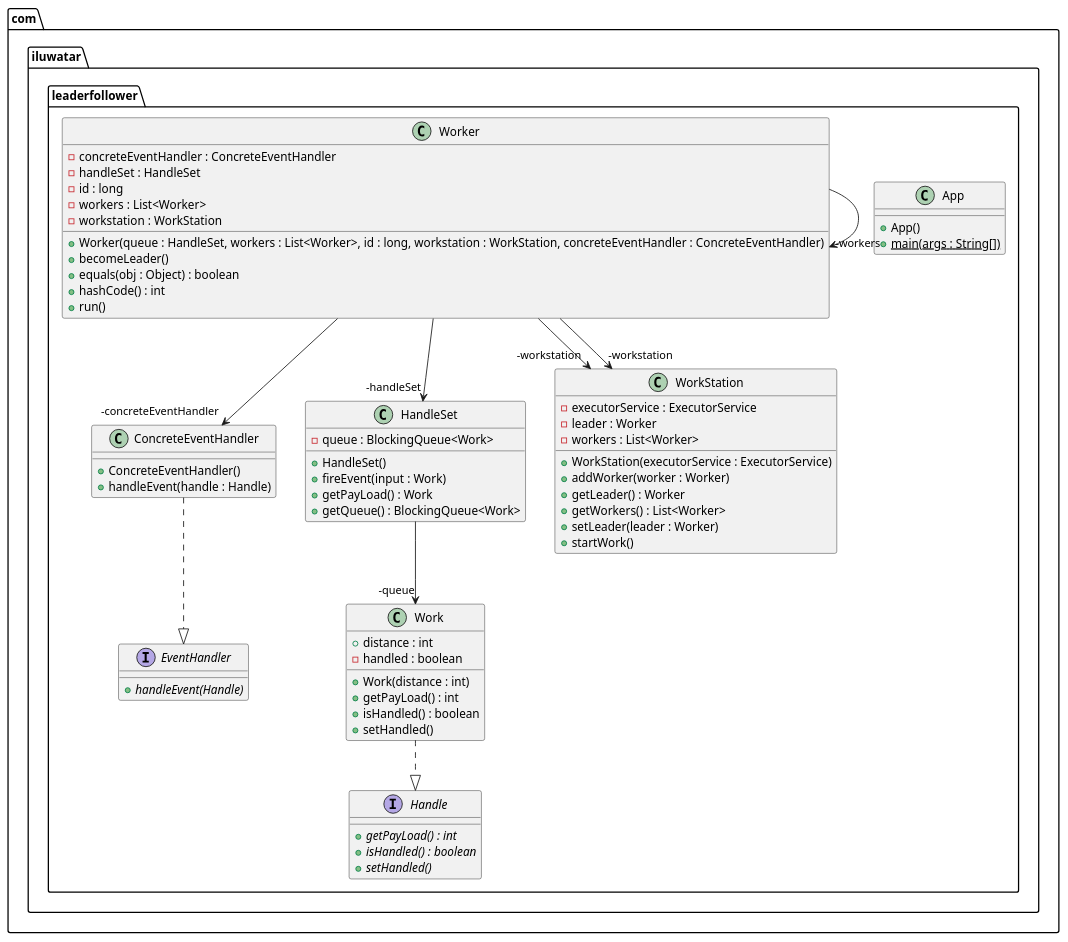
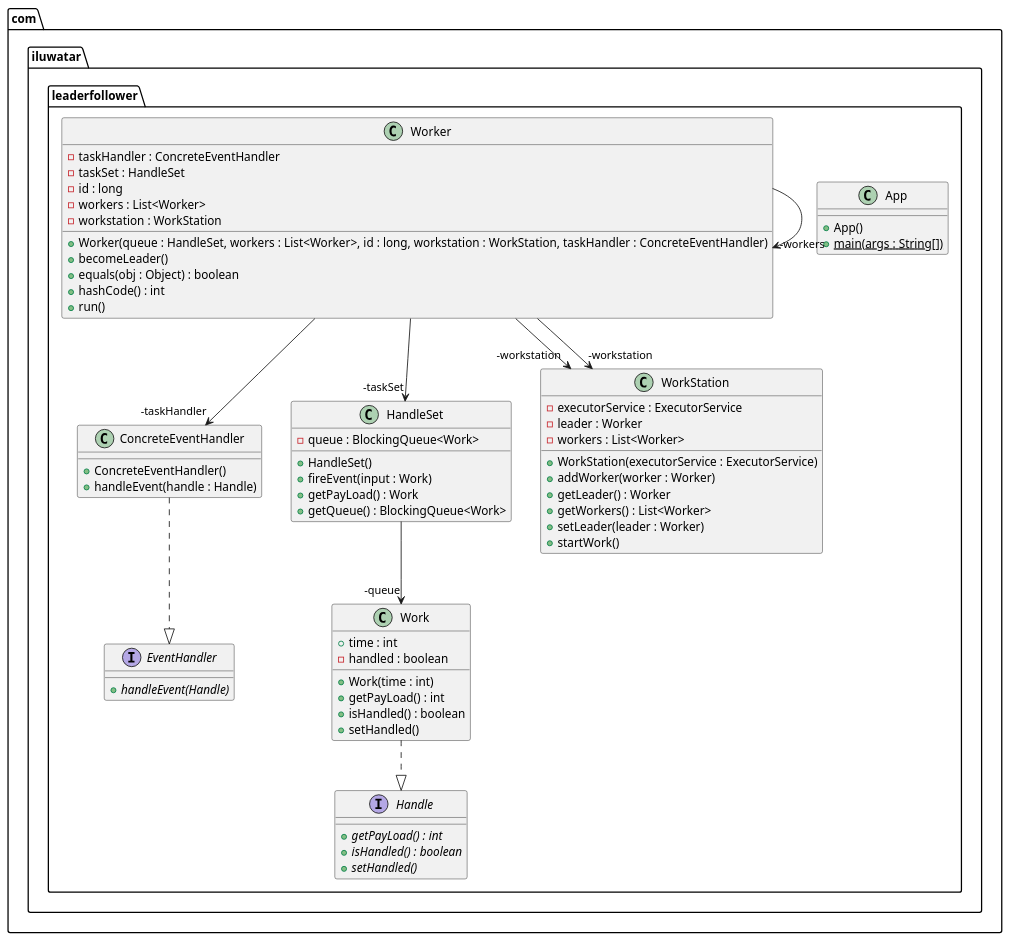
The diagram in leader-follower/etc/leader-follower.urm.puml (npczwh/java-design-patterns), drawn with PlantUML before and after one commit. The commit also changed 8 other files, not shown here.

```diff
--- a/leader-follower/etc/leader-follower.urm.puml
+++ b/leader-follower/etc/leader-follower.urm.puml
@@ -1,66 +1,66 @@
 @startuml
 package com.iluwatar.leaderfollower {
   class App {
     + App()
     + main(args : String[]) {static}
   }
   class ConcreteEventHandler {
     + ConcreteEventHandler()
     + handleEvent(handle : Handle)
   }
   interface EventHandler {
     + handleEvent(Handle) {abstract}
   }
   interface Handle {
     + getPayLoad() : int {abstract}
     + isHandled() : boolean {abstract}
     + setHandled() {abstract}
   }
   class HandleSet {
     - queue : BlockingQueue<Work>
     + HandleSet()
     + fireEvent(input : Work)
     + getPayLoad() : Work
     + getQueue() : BlockingQueue<Work>
   }
   class Work {
-    + distance : int
+    + time : int
     - handled : boolean
-    + Work(distance : int)
+    + Work(time : int)
     + getPayLoad() : int
     + isHandled() : boolean
     + setHandled()
   }
   class WorkStation {
     - executorService : ExecutorService
     - leader : Worker
     - workers : List<Worker>
     + WorkStation(executorService : ExecutorService)
     + addWorker(worker : Worker)
     + getLeader() : Worker
     + getWorkers() : List<Worker>
     + setLeader(leader : Worker)
     + startWork()
   }
   class Worker {
-    - concreteEventHandler : ConcreteEventHandler
-    - handleSet : HandleSet
+    - taskHandler : ConcreteEventHandler
+    - taskSet : HandleSet
     - id : long
     - workers : List<Worker>
     - workstation : WorkStation
-    + Worker(queue : HandleSet, workers : List<Worker>, id : long, workstation : WorkStation, concreteEventHandler : ConcreteEventHandler)
+    + Worker(queue : HandleSet, workers : List<Worker>, id : long, workstation : WorkStation, taskHandler : ConcreteEventHandler)
     + becomeLeader()
     + equals(obj : Object) : boolean
     + hashCode() : int
     + run()
   }
 }
 HandleSet -->  "-queue" Work
-Worker -->  "-handleSet" HandleSet
-Worker -->  "-concreteEventHandler" ConcreteEventHandler
+Worker -->  "-taskSet" HandleSet
+Worker -->  "-taskHandler" ConcreteEventHandler
 Worker -->  "-workers" Worker
 Worker -->  "-workstation" WorkStation
 Worker -->  "-workstation" WorkStation
 ConcreteEventHandler ..|> EventHandler 
 Work ..|> Handle 
 @enduml
```
